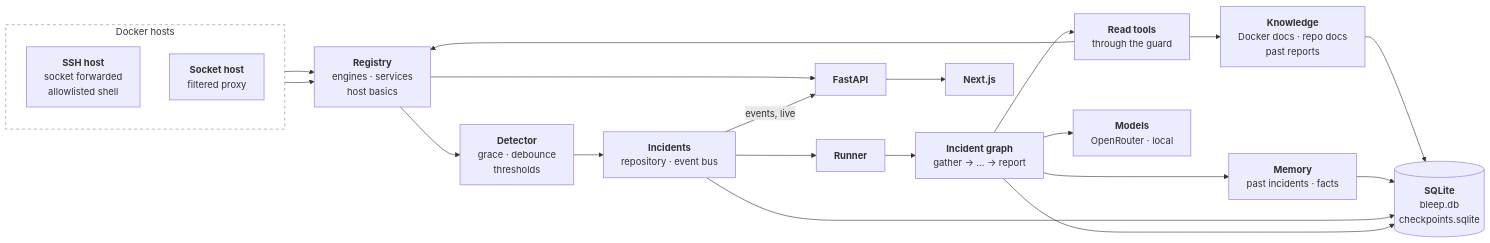
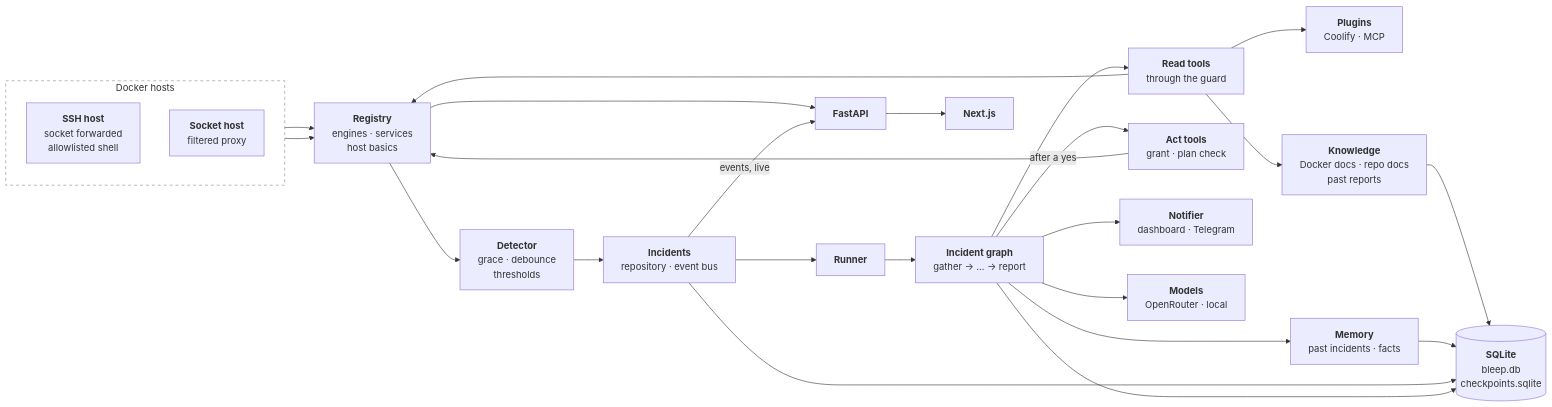
One commit to DannyKuk/bleep changed the diagram in docs/architecture.md. Above: the diagram before and after it, drawn with Mermaid. The commit also changed other lines of this file and 37 other files, not shown here.

Commit message:
Read every doc as a stranger and bring README, architecture, setup, demo and the design pages in line with the code, with a demo GIF, a security model and the MIT licence (#45) (#238)

````diff
--- a/docs/architecture.md
+++ b/docs/architecture.md
@@ -7,32 +7,38 @@
 ```mermaid
 flowchart LR
     subgraph HOSTS["Docker hosts"]
         direction TB
         SSH["<b>SSH host</b><br/>socket forwarded<br/>allowlisted shell"]
         SOCK["<b>Socket host</b><br/>filtered proxy"]
     end
     REG["<b>Registry</b><br/>engines · services<br/>host basics"]
     DET["<b>Detector</b><br/>grace · debounce<br/>thresholds"]
     INC["<b>Incidents</b><br/>repository · event bus"]
     RUN["<b>Runner</b>"]
     GRAPH["<b>Incident graph</b><br/>gather → … → report"]
     TOOLS["<b>Read tools</b><br/>through the guard"]
+    ACT["<b>Act tools</b><br/>grant · plan check"]
+    PLUG["<b>Plugins</b><br/>Coolify · MCP"]
+    NOTIFY["<b>Notifier</b><br/>dashboard · Telegram"]
     LLM["<b>Models</b><br/>OpenRouter · local"]
     MEM["<b>Memory</b><br/>past incidents · facts"]
     KNOW["<b>Knowledge</b><br/>Docker docs · repo docs<br/>past reports"]
     DB[("<b>SQLite</b><br/>bleep.db<br/>checkpoints.sqlite")]
     API["<b>FastAPI</b>"]
     FE["<b>Next.js</b>"]
     SSH --> REG
     SOCK --> REG
     REG --> DET --> INC --> RUN --> GRAPH
     GRAPH --> TOOLS --> REG
+    GRAPH -->|after a yes| ACT --> REG
+    TOOLS --> PLUG
+    GRAPH --> NOTIFY
     TOOLS --> KNOW --> DB
     GRAPH --> LLM
     GRAPH --> MEM --> DB
     INC --> DB
     GRAPH --> DB
     REG --> API --> FE
     INC -->|events, live| API
     style HOSTS fill:none,stroke:#888,stroke-dasharray:5 5
 ```
````
